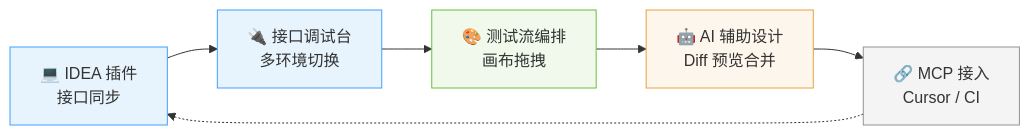
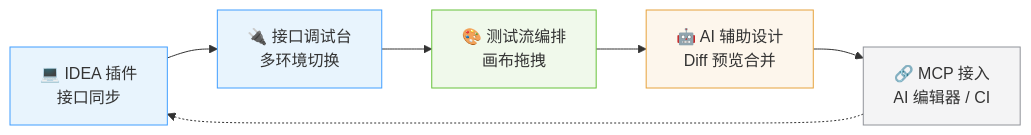
The first of 3 diagrams in README.md (qualitest-hq/qualitest), drawn with Mermaid before and after one commit. The commit also changed other lines of this file and 6 other files, not shown here.

````diff
--- a/README.md
+++ b/README.md
@@ -76,14 +76,14 @@
 ```mermaid
 flowchart LR
     A["💻 IDEA 插件<br/>接口同步"] --> B["🔌 接口调试台<br/>多环境切换"]
     B --> C["🎨 测试流编排<br/>画布拖拽"]
     C --> D["🤖 AI 辅助设计<br/>Diff 预览合并"]
-    D --> E["🔗 MCP 接入<br/>Cursor / CI"]
+    D --> E["🔗 MCP 接入<br/>AI 编辑器 / CI"]
     E -.-> A
 
     style A fill:#e8f4fd,stroke:#409eff
     style B fill:#e8f4fd,stroke:#409eff
     style C fill:#f0f9eb,stroke:#67c23a
     style D fill:#fdf6ec,stroke:#e6a23c
     style E fill:#f4f4f5,stroke:#909399
 ```
````
